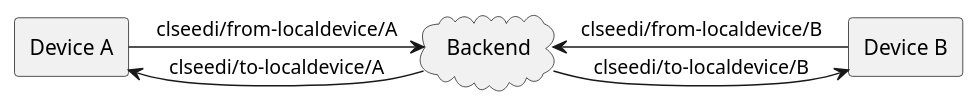
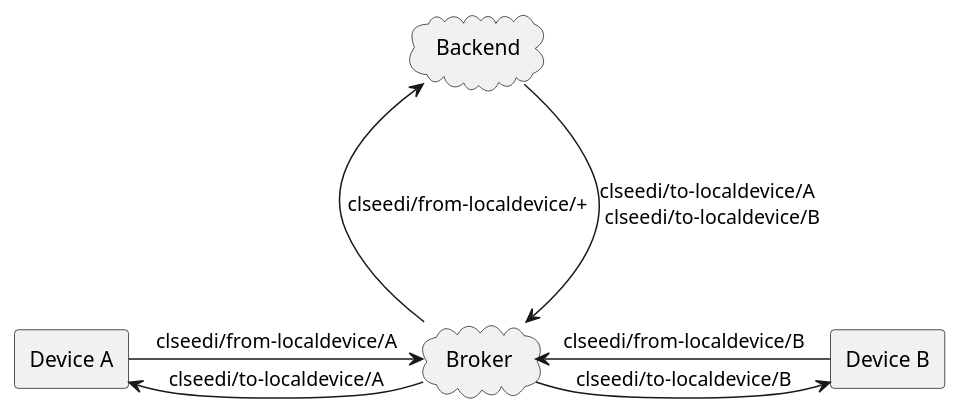
The second of 2 diagrams in doc/clseedi.md (KEO-cls-eedi/specification), drawn with PlantUML before and after one commit. The commit also changed other lines of this file and 17 other files, not shown here.

```diff
--- a/doc/clseedi.md
+++ b/doc/clseedi.md
@@ -72,10 +90,15 @@
 @startuml
 rectangle "Device A" as A
 rectangle "Device B" as B
+cloud Broker
 cloud Backend
 
-Backend  -l-> A : clseedi/to-localdevice/A
-Backend  -r-> B : clseedi/to-localdevice/B
-Backend <-l-  A : clseedi/from-localdevice/A
-Backend <-r-  B : clseedi/from-localdevice/B
+A <-r-- Broker : clseedi/to-localdevice/A
+A --r-> Broker : clseedi/from-localdevice/A
+
+B <-l-- Broker : clseedi/to-localdevice/B
+B --l-> Broker : clseedi/from-localdevice/B
+
+Backend <-d-- Broker : clseedi/from-localdevice/+
+Backend --d-> Broker : clseedi/to-localdevice/A \n clseedi/to-localdevice/B
 @enduml
```
